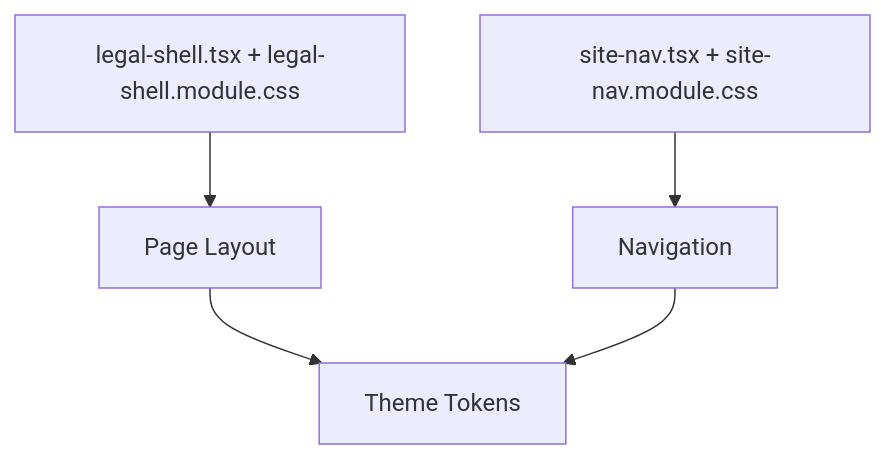
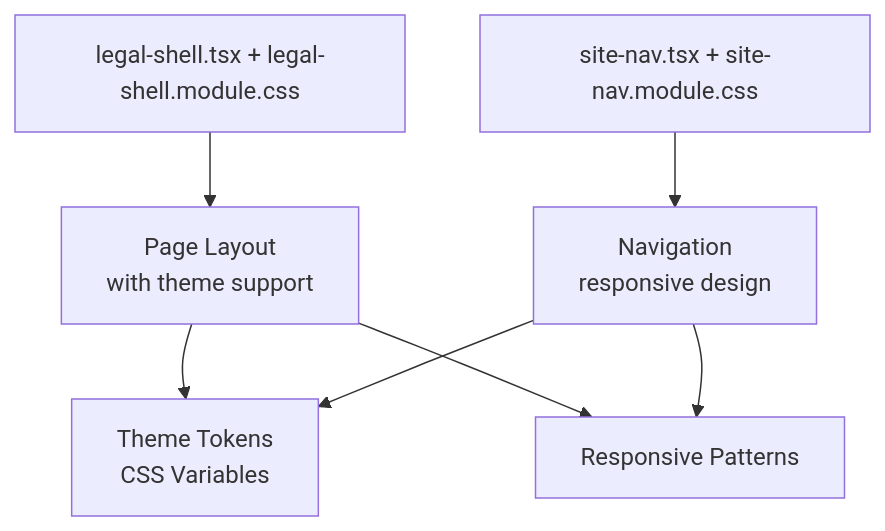
Before and after one commit to HassanAmeer/cheaprouter: the ninth of 10 diagrams in .qoder/repowiki/en/content/Frontend Architecture/Styling System.md, drawn with Mermaid. The commit also changed other lines of this file and 54 other files, not shown here.

Commit message:
now landing page design is much better

````diff
--- a/.qoder/repowiki/en/content/Frontend Architecture/Styling System.md
+++ b/.qoder/repowiki/en/content/Frontend Architecture/Styling System.md
@@ -384,7 +408,9 @@
 ```mermaid
 graph TB
-LS["legal-shell.tsx + legal-shell.module.css"] --> Layout["Page Layout"]
-SN["site-nav.tsx + site-nav.module.css"] --> Nav["Navigation"]
-Layout --> Theme["Theme Tokens"]
+LS["legal-shell.tsx + legal-shell.module.css"] --> Layout["Page Layout<br/>with theme support"]
+SN["site-nav.tsx + site-nav.module.css"] --> Nav["Navigation<br/>responsive design"]
+Layout --> Theme["Theme Tokens<br/>CSS Variables"]
 Nav --> Theme
+Layout --> Responsive["Responsive Patterns"]
+Nav --> Responsive
 ```
````
